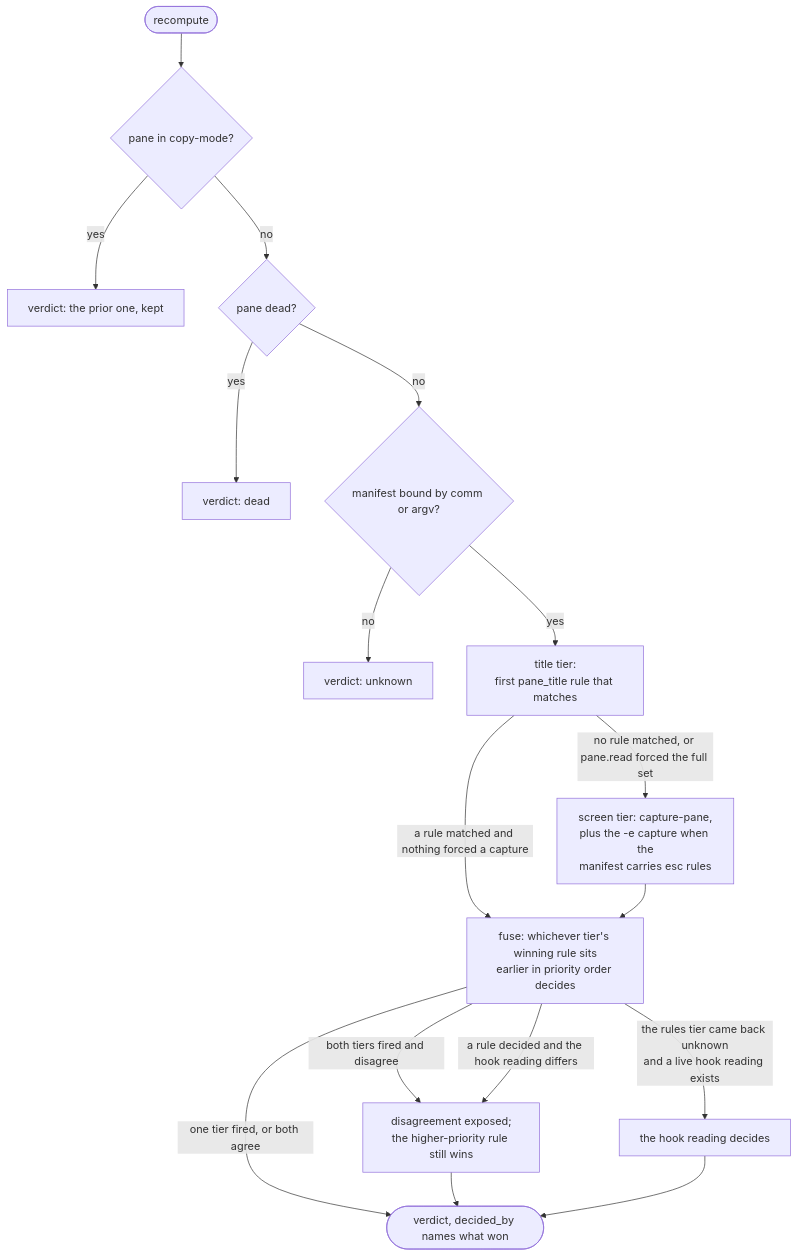
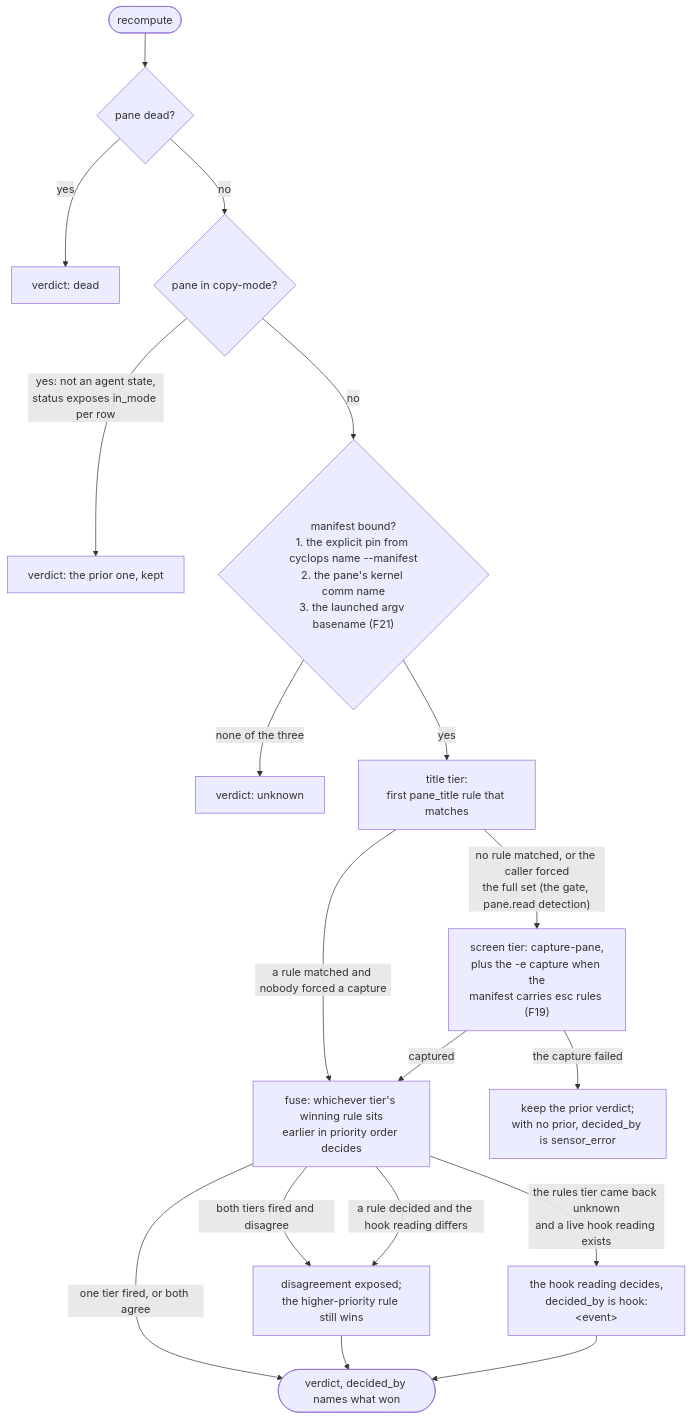
One commit to cyclops-team/cyclops changed the third of 10 diagrams in docs/ARCHITECTURE.md. Above: the diagram before and after it, drawn with Mermaid. The commit also changed other lines of this file and 38 other files, not shown here.

````diff
--- a/docs/ARCHITECTURE.md
+++ b/docs/ARCHITECTURE.md
@@ -70,19 +75,20 @@
 ```mermaid
 flowchart TD
-    rc(["recompute"]) --> mode{"pane in copy-mode?"}
-    mode -->|yes| prior["verdict: the prior one, kept"]
-    mode -->|no| dead{"pane dead?"}
+    rc(["recompute"]) --> dead{"pane dead?"}
     dead -->|yes| isdead["verdict: dead"]
-    dead -->|no| bound{"manifest bound by comm or argv?"}
-    bound -->|no| unknown["verdict: unknown"]
+    dead -->|no| mode{"pane in copy-mode?"}
+    mode -->|"yes: not an agent state,<br/>status exposes in_mode per row"| prior["verdict: the prior one, kept"]
+    mode -->|no| bound{"manifest bound?<br/>1. the explicit pin from cyclops name --manifest<br/>2. the pane's kernel comm name<br/>3. the launched argv basename (F21)"}
+    bound -->|"none of the three"| unknown["verdict: unknown"]
     bound -->|yes| title["title tier:<br/>first pane_title rule that matches"]
-    title -->|a rule matched and nothing forced a capture| fuse
-    title -->|no rule matched, or pane.read forced the full set| screen["screen tier: capture-pane,<br/>plus the -e capture when the<br/>manifest carries esc rules"]
-    screen --> fuse["fuse: whichever tier's winning rule sits<br/>earlier in priority order decides"]
-    fuse -->|one tier fired, or both agree| verdict(["verdict, decided_by names what won"])
-    fuse -->|both tiers fired and disagree| flag["disagreement exposed;<br/>the higher-priority rule still wins"]
-    fuse -->|the rules tier came back unknown<br/>and a live hook reading exists| hook["the hook reading decides"]
-    fuse -->|a rule decided and the hook reading differs| flag
+    title -->|"a rule matched and nobody forced a capture"| fuse
+    title -->|"no rule matched, or the caller forced<br/>the full set (the gate, pane.read detection)"| screen["screen tier: capture-pane,<br/>plus the -e capture when the<br/>manifest carries esc rules (F19)"]
+    screen -->|"the capture failed"| doubt["keep the prior verdict;<br/>with no prior, decided_by is sensor_error"]
+    screen -->|"captured"| fuse["fuse: whichever tier's winning rule sits<br/>earlier in priority order decides"]
+    fuse -->|"one tier fired, or both agree"| verdict(["verdict, decided_by names what won"])
+    fuse -->|"both tiers fired and disagree"| flag["disagreement exposed;<br/>the higher-priority rule still wins"]
+    fuse -->|"the rules tier came back unknown<br/>and a live hook reading exists"| hook["the hook reading decides,<br/>decided_by is hook:&lt;event&gt;"]
+    fuse -->|"a rule decided and the hook reading differs"| flag
     flag --> verdict
     hook --> verdict
 ```
````
